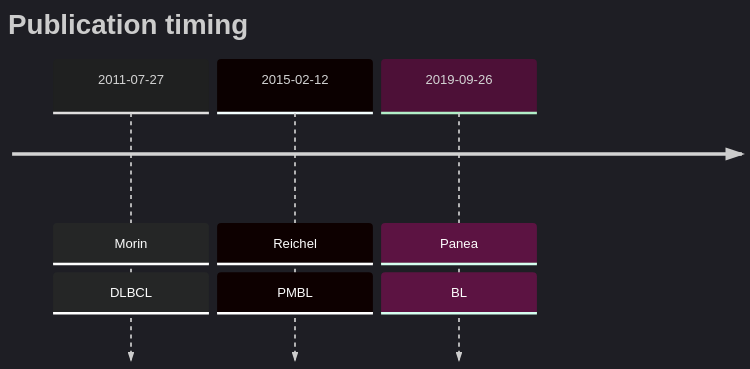
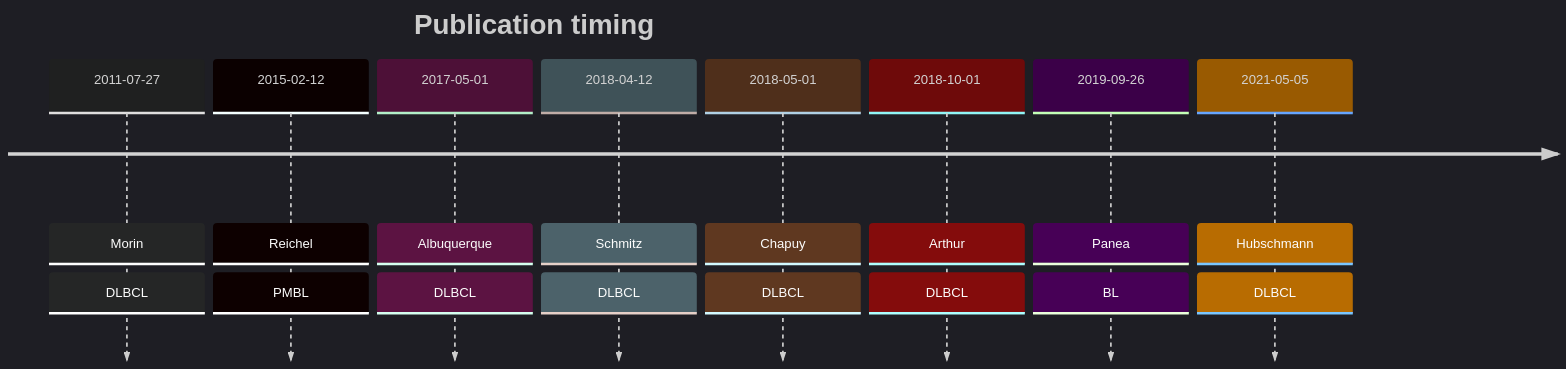
The diagram in ZFP36L1.md (morinlab/lymphopedia), drawn with Mermaid before and after one commit.

````diff
--- a/ZFP36L1.md
+++ b/ZFP36L1.md
@@ -12,8 +12,13 @@
 ```mermaid
 %%{init: { 'logLevel': 'debug', 'theme': 'dark' } }%%
 timeline
     title Publication timing
-      2011-07-27 : Morin : DLBCL
-      2015-02-12 : Reichel : PMBL
+2011-07-27 : Morin : DLBCL
+2015-02-12 : Reichel : PMBL
+2017-05-01 : Albuquerque : DLBCL
+2018-04-12 : Schmitz : DLBCL
+2018-05-01 : Chapuy : DLBCL
+2018-10-01 : Arthur : DLBCL
       2019-09-26 : Panea : BL
+2021-05-05 : Hubschmann : DLBCL
 ```
````
